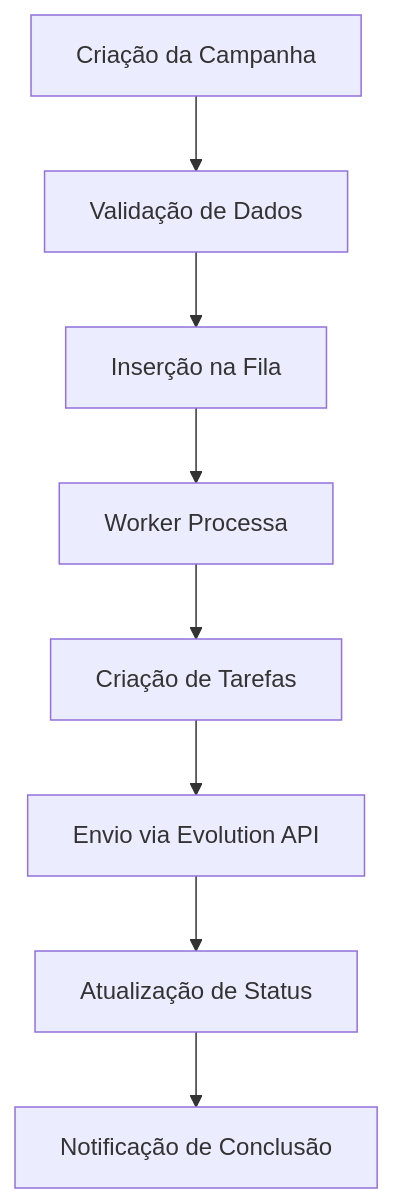
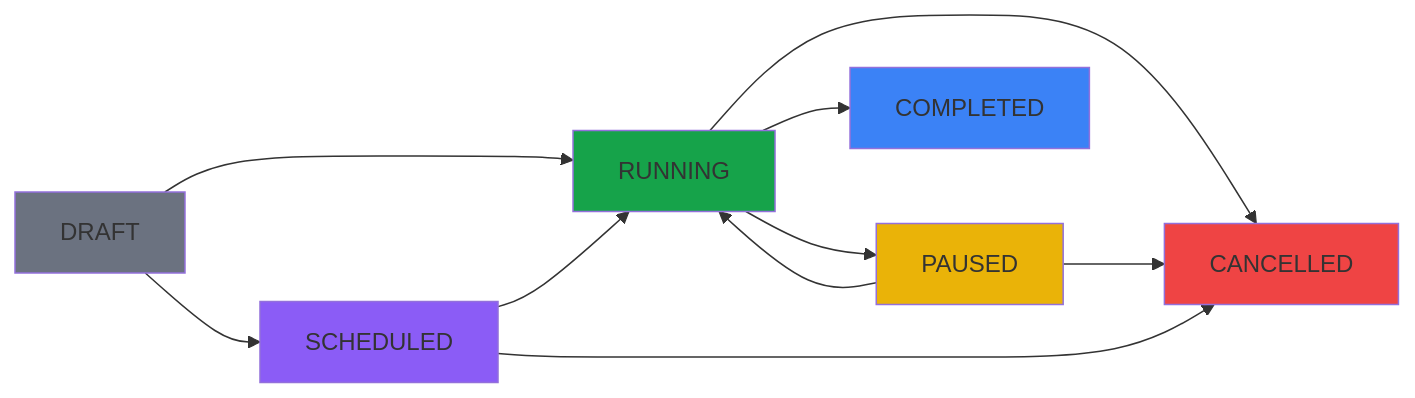
Before and after one commit to MatheusLuisLorscheiter/docs: the first of 2 diagrams in concepts.mdx, drawn with Mermaid. The commit also changed other lines of this file and 29 other files, not shown here.

````diff
--- a/concepts.mdx
+++ b/concepts.mdx
@@ -90,10 +152,19 @@
 ```mermaid
-graph TD
-    A[Criação da Campanha] --> B[Validação de Dados]
-    B --> C[Inserção na Fila]
-    C --> D[Worker Processa]
-    D --> E[Criação de Tarefas]
-    E --> F[Envio via Evolution API]
-    F --> G[Atualização de Status]
-    G --> H[Notificação de Conclusão]
+graph LR
+    A[DRAFT] --> B[SCHEDULED]
+    A --> C[RUNNING]
+    B --> C
+    C --> D[PAUSED]
+    D --> C
+    C --> E[COMPLETED]
+    C --> F[CANCELLED]
+    D --> F
+    B --> F
+    
+    style A fill:#6b7280
+    style B fill:#8b5cf6
+    style C fill:#16a34a
+    style D fill:#eab308
+    style E fill:#3b82f6
+    style F fill:#ef4444
 ```
````
